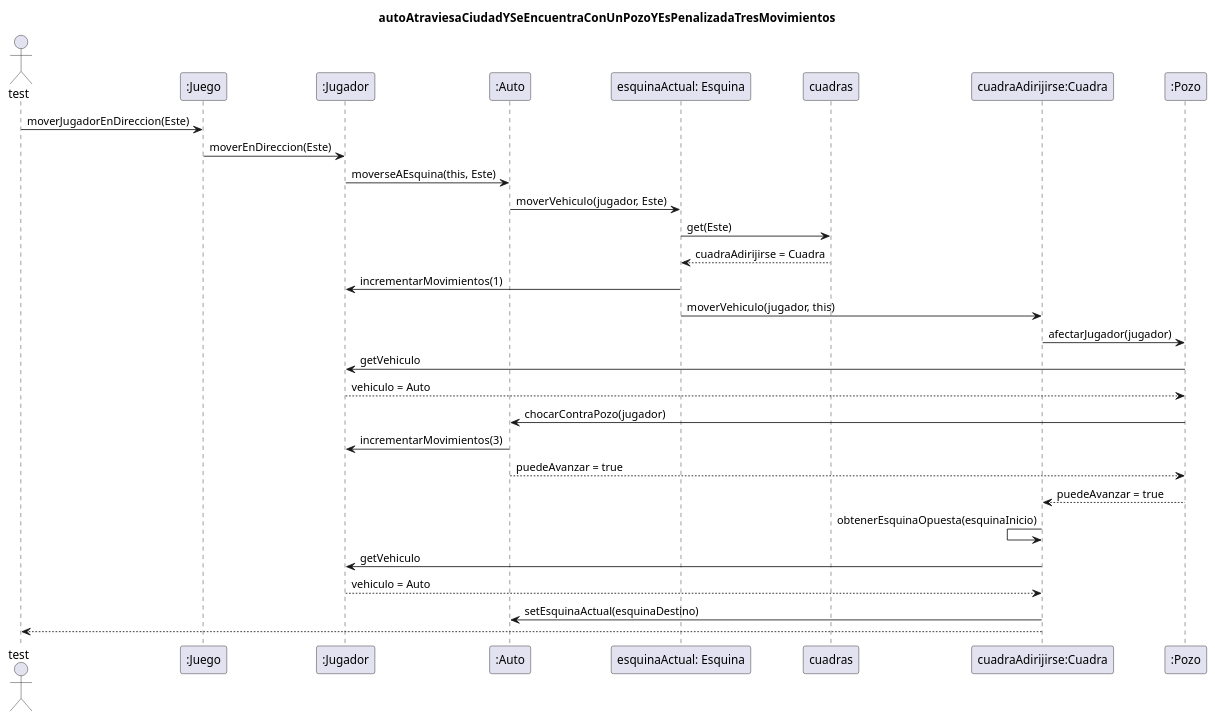
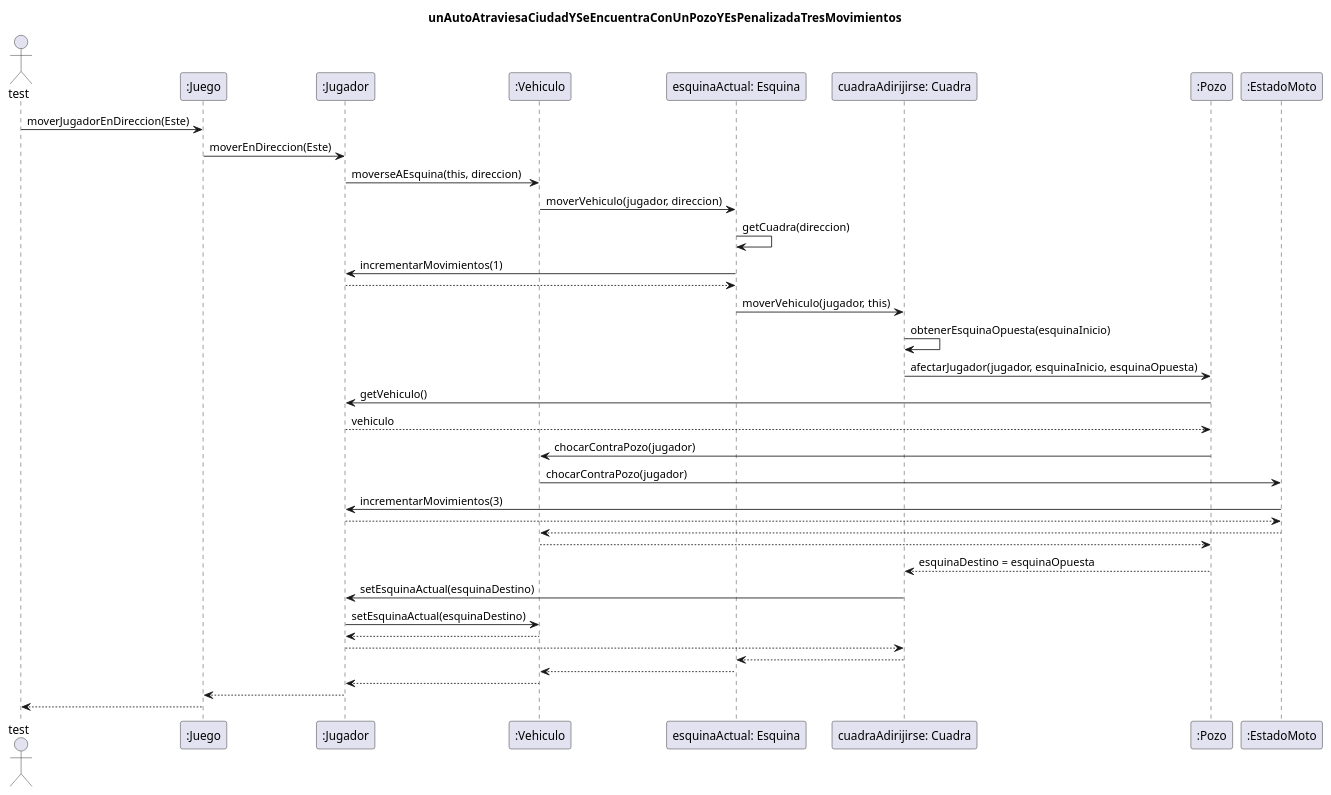
One commit to TP2Algo3FIUBA/tp2 changed the diagram in diagrams/sequences/entrega01/CasoDeUso02.plantuml. Above: the diagram before and after it, drawn with PlantUML. The commit also changed 1 other file, not shown here.

Commit message:
Actualizacion diagrama secuencia UML caso de uso 2 y 3 entrega 1

```diff
--- a/diagrams/sequences/entrega01/CasoDeUso02.plantuml
+++ b/diagrams/sequences/entrega01/CasoDeUso02.plantuml
@@ -1,28 +1,38 @@
 @startuml
-title: autoAtraviesaCiudadYSeEncuentraConUnPozoYEsPenalizadaTresMovimientos
+title: unAutoAtraviesaCiudadYSeEncuentraConUnPozoYEsPenalizadaTresMovimientos
 
 Actor test
-test -> ":Juego"  : moverJugadorEnDireccion(Este)
-":Juego"  -> ":Jugador" : moverEnDireccion(Este)
-":Jugador" -> ":Auto" : moverseAEsquina(this, Este)
-":Auto"  -> "esquinaActual: Esquina" : moverVehiculo(jugador, Este)
-"esquinaActual: Esquina" -> cuadras : get(Este)
-"esquinaActual: Esquina" <-- cuadras : cuadraAdirijirse = Cuadra
+test -> ":Juego" : moverJugadorEnDireccion(Este)
+":Juego" -> ":Jugador"  : moverEnDireccion(Este)
+":Jugador"  -> ":Vehiculo" : moverseAEsquina(this, direccion)
+":Vehiculo" -> "esquinaActual: Esquina" : moverVehiculo(jugador, direccion)
+"esquinaActual: Esquina" -> "esquinaActual: Esquina" : getCuadra(direccion)
 "esquinaActual: Esquina" -> ":Jugador" : incrementarMovimientos(1)
-"esquinaActual: Esquina" -> "cuadraAdirijirse:Cuadra" : moverVehiculo(jugador, this)
-"cuadraAdirijirse:Cuadra" -> ":Pozo"  : afectarJugador(jugador)
-":Pozo"  -> ":Jugador" : getVehiculo
-":Pozo"  <-- ":Jugador" : vehiculo = Auto
-":Pozo"  -> ":Auto"  : chocarContraPozo(jugador)
-":Auto"  -> ":Jugador" : incrementarMovimientos(3)
-":Pozo"  <-- ":Auto"  : puedeAvanzar = true
-"cuadraAdirijirse:Cuadra" <-- ":Pozo"  : puedeAvanzar = true
-"cuadraAdirijirse:Cuadra" <- "cuadraAdirijirse:Cuadra" : obtenerEsquinaOpuesta(esquinaInicio)
-"cuadraAdirijirse:Cuadra" -> ":Jugador" : getVehiculo
-"cuadraAdirijirse:Cuadra" <-- ":Jugador" : vehiculo = Auto
-"cuadraAdirijirse:Cuadra" -> ":Auto"  : setEsquinaActual(esquinaDestino)
-test <-- "cuadraAdirijirse:Cuadra"
+return
 
+"esquinaActual: Esquina" -> "cuadraAdirijirse: Cuadra" : moverVehiculo(jugador, this)
+"cuadraAdirijirse: Cuadra" -> "cuadraAdirijirse: Cuadra" : obtenerEsquinaOpuesta(esquinaInicio)
+"cuadraAdirijirse: Cuadra" -> ":Pozo" : afectarJugador(jugador, esquinaInicio, esquinaOpuesta)
 
+":Pozo" -> ":Jugador" : getVehiculo()
+return vehiculo
+":Pozo" -> ":Vehiculo" : chocarContraPozo(jugador)
+":Vehiculo" -> ":EstadoMoto" : chocarContraPozo(jugador)
+":EstadoMoto" -> ":Jugador" : incrementarMovimientos(3)
+":Jugador" --> ":EstadoMoto"
+":EstadoMoto" --> ":Vehiculo"
+":Vehiculo" --> ":Pozo"
+
+":Pozo" --> "cuadraAdirijirse: Cuadra" : esquinaDestino = esquinaOpuesta
+"cuadraAdirijirse: Cuadra" -> ":Jugador" : setEsquinaActual(esquinaDestino)
+":Jugador" -> ":Vehiculo" : setEsquinaActual(esquinaDestino)
+
+return
+":Jugador" --> "cuadraAdirijirse: Cuadra"
+"cuadraAdirijirse: Cuadra" --> "esquinaActual: Esquina"
+"esquinaActual: Esquina" --> ":Vehiculo"
+":Vehiculo" --> ":Jugador"
+":Jugador" --> ":Juego"
+":Juego" --> test
 
 @enduml
```
